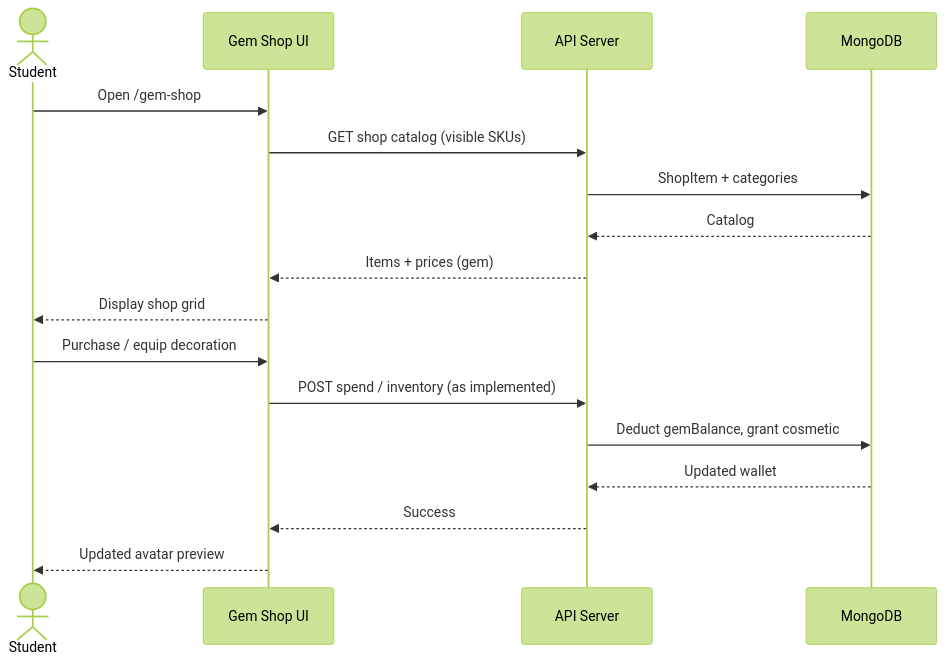
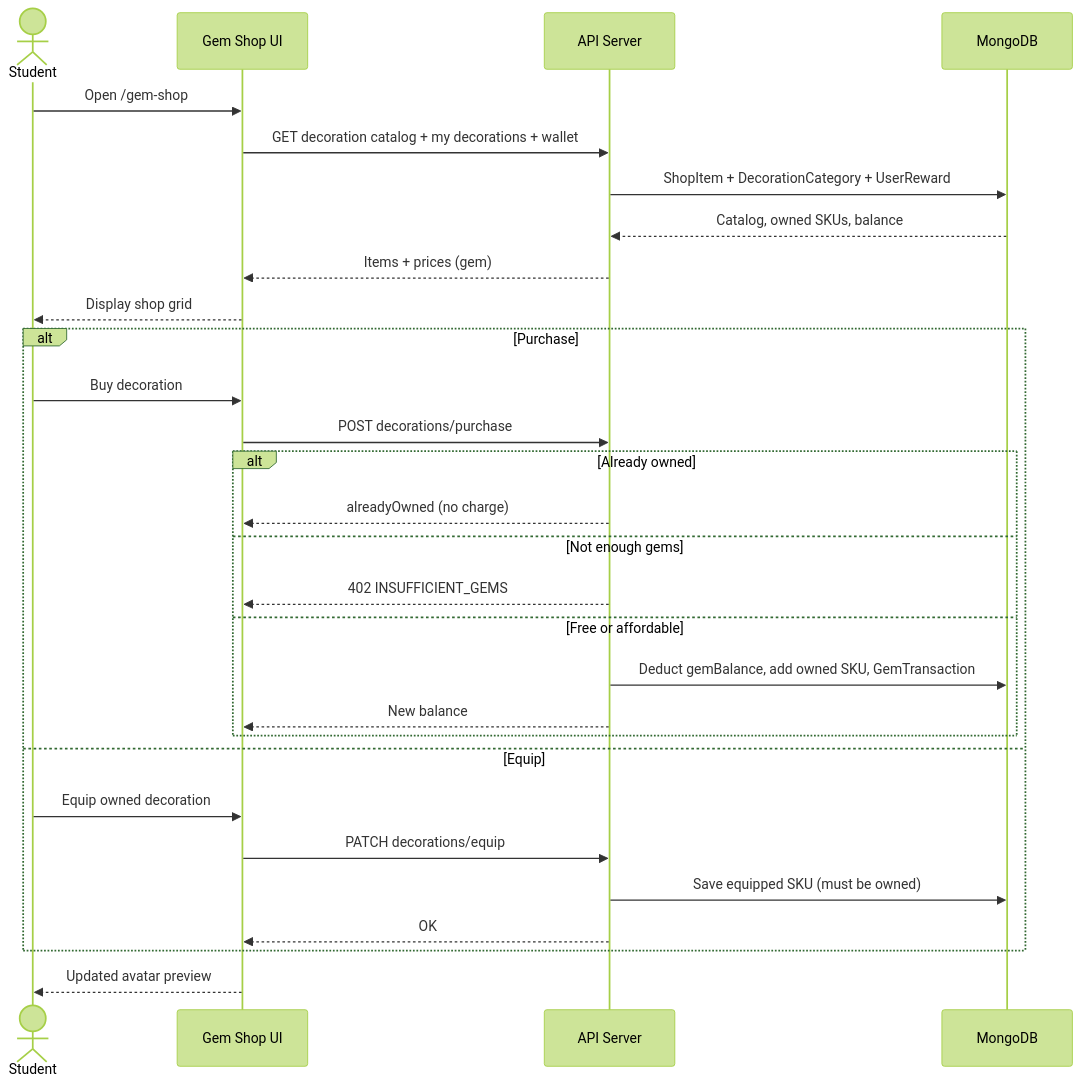
The sixth of 18 diagrams in docs/diagrams/sequence-diagrams-supplement.md (quangg1/ASTRO_EDU), drawn with Mermaid (forest theme) before and after one commit. The commit also changed other lines of this file and 31 other files, not shown here.

First line of the commit message:
docs(diagrams): align use case and sequence diagrams with the code

````diff
--- a/docs/diagrams/sequence-diagrams-supplement.md
+++ b/docs/diagrams/sequence-diagrams-supplement.md
@@ -131,20 +140,32 @@
 ```mermaid
 sequenceDiagram
     actor Student
     participant UI as Gem Shop UI
     participant API as API Server
     participant DB as MongoDB
 
     Student->>UI: Open /gem-shop
-    UI->>API: GET shop catalog (visible SKUs)
-    API->>DB: ShopItem + categories
-    DB-->>API: Catalog
+    UI->>API: GET decoration catalog + my decorations + wallet
+    API->>DB: ShopItem + DecorationCategory + UserReward
+    DB-->>API: Catalog, owned SKUs, balance
     API-->>UI: Items + prices (gem)
     UI-->>Student: Display shop grid
-    Student->>UI: Purchase / equip decoration
-    UI->>API: POST spend / inventory (as implemented)
-    API->>DB: Deduct gemBalance, grant cosmetic
-    DB-->>API: Updated wallet
-    API-->>UI: Success
+    alt Purchase
+        Student->>UI: Buy decoration
+        UI->>API: POST decorations/purchase
+        alt Already owned
+            API-->>UI: alreadyOwned (no charge)
+        else Not enough gems
+            API-->>UI: 402 INSUFFICIENT_GEMS
+        else Free or affordable
+            API->>DB: Deduct gemBalance, add owned SKU, GemTransaction
+            API-->>UI: New balance
+        end
+    else Equip
+        Student->>UI: Equip owned decoration
+        UI->>API: PATCH decorations/equip
+        API->>DB: Save equipped SKU (must be owned)
+        API-->>UI: OK
+    end
     UI-->>Student: Updated avatar preview
 ```
````
